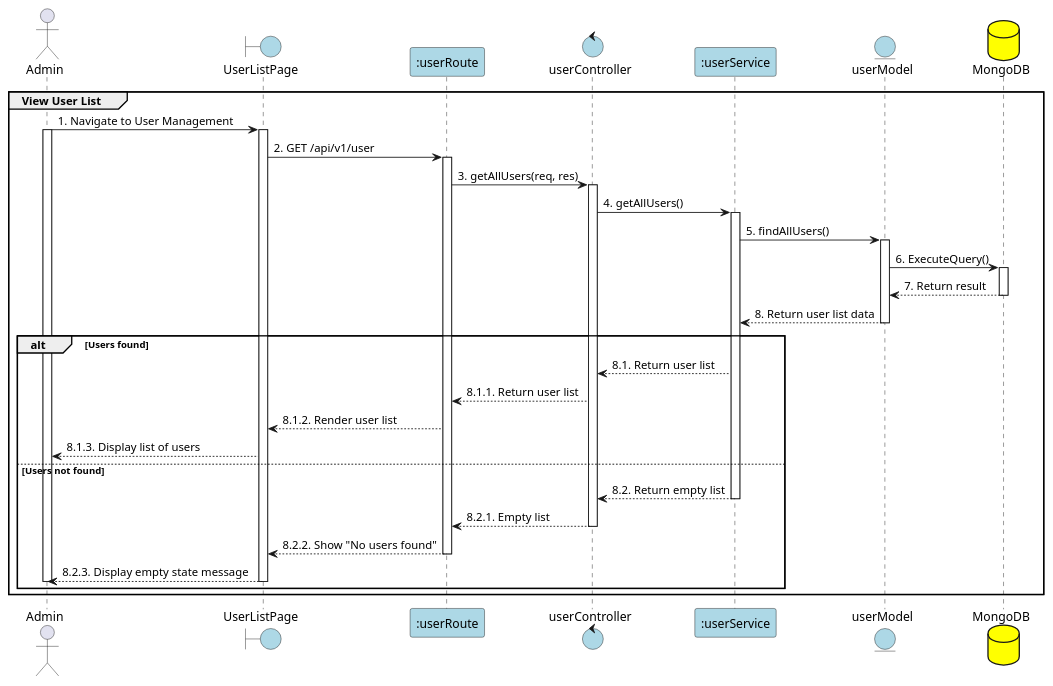
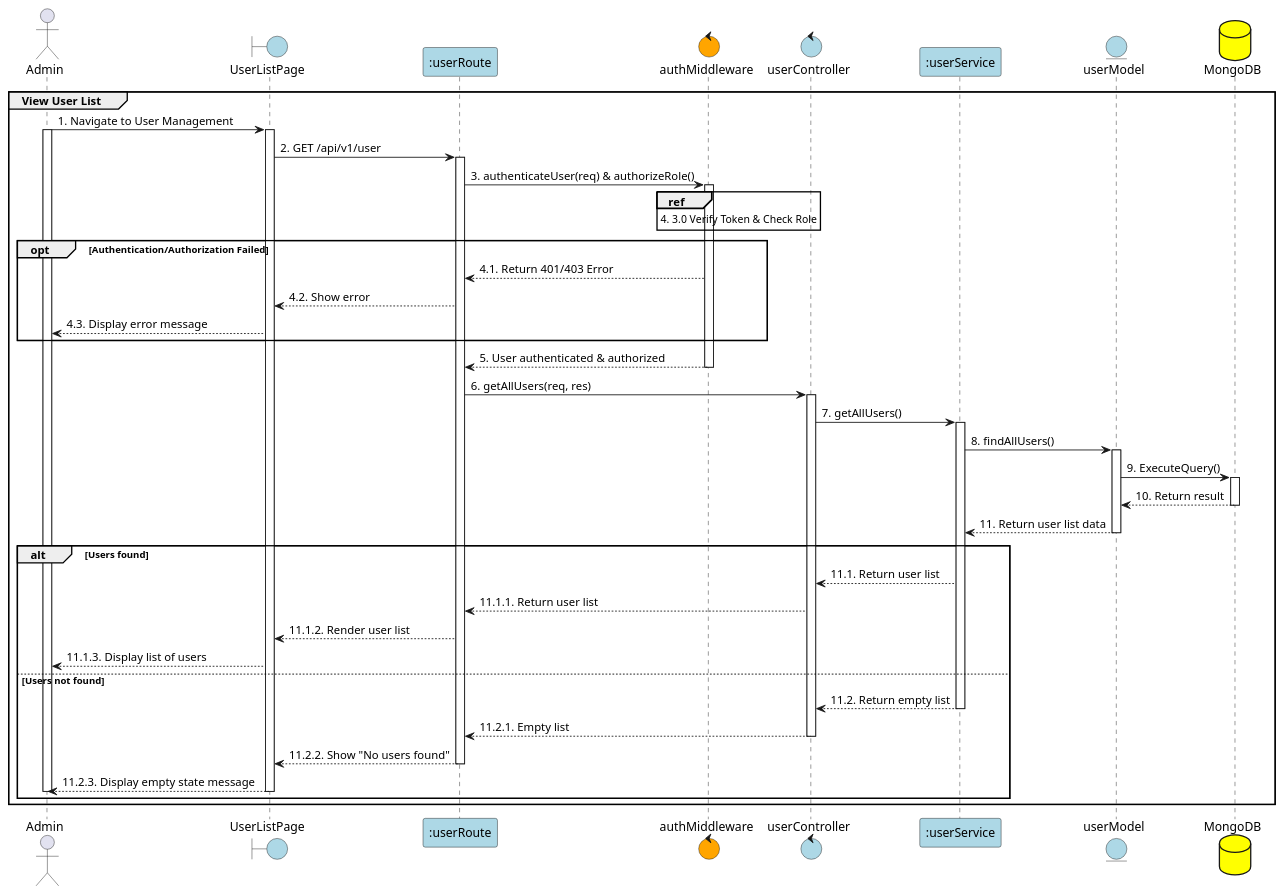
The diagram in PlanUML/9_viewUserList.puml (Aohkne/CaloCook), drawn with PlantUML before and after one commit. The commit also changed 21 other files, not shown here.

```diff
--- a/PlanUML/9_viewUserList.puml
+++ b/PlanUML/9_viewUserList.puml
@@ -1,62 +1,73 @@
 @startuml ViewUserList
 
 actor Admin
 boundary "UserListPage" as View #lightblue
 participant ":userRoute" as Route #lightblue
+control "authMiddleware" as Auth #orange
 control "userController" as Controller #lightblue
 participant ":userService" as Service #lightblue
 entity "userModel" as Model #lightblue
 database "MongoDB" as MongoDB #yellow
 
 group View User List
 Admin -> View: 1. Navigate to User Management
 activate Admin
 activate View
 
 View -> Route: 2. GET /api/v1/user
 activate Route
+Route -> Auth: 3. authenticateUser(req) & authorizeRole()
+activate Auth
+ref over Auth : 4. 3.0 Verify Token & Check Role
 
-Route -> Controller: 3. getAllUsers(req, res)
+opt Authentication/Authorization Failed
+    Auth --> Route: 4.1. Return 401/403 Error
+    Route --> View: 4.2. Show error
+    View --> Admin: 4.3. Display error message
+end
+Auth --> Route: 5. User authenticated & authorized
+deactivate Auth
+Route -> Controller: 6. getAllUsers(req, res)
 activate Controller
 
-Controller -> Service: 4. getAllUsers()
+Controller -> Service: 7. getAllUsers()
 activate Service
 
-Service -> Model: 5. findAllUsers()
+Service -> Model: 8. findAllUsers()
 activate Model
 
-Model -> MongoDB: 6. ExecuteQuery()
+Model -> MongoDB: 9. ExecuteQuery()
 activate MongoDB
-MongoDB --> Model: 7. Return result
+MongoDB --> Model: 10. Return result
 deactivate MongoDB
 
-Model --> Service: 8. Return user list data
+Model --> Service: 11. Return user list data
 deactivate Model
 
 alt Users found
-    Service --> Controller: 8.1. Return user list
+    Service --> Controller: 11.1. Return user list
     
-    Controller --> Route: 8.1.1. Return user list
+    Controller --> Route: 11.1.1. Return user list
     
-    Route --> View: 8.1.2. Render user list
+    Route --> View: 11.1.2. Render user list
     
-    View --> Admin: 8.1.3. Display list of users
+    View --> Admin: 11.1.3. Display list of users
     
 else Users not found
-    Service --> Controller: 8.2. Return empty list
+    Service --> Controller: 11.2. Return empty list
     deactivate Service
 
-    Controller --> Route: 8.2.1. Empty list
+    Controller --> Route: 11.2.1. Empty list
     deactivate Controller
     
-    Route --> View: 8.2.2. Show "No users found"
+    Route --> View: 11.2.2. Show "No users found"
     deactivate Route
     
-    View --> Admin: 8.2.3. Display empty state message
+    View --> Admin: 11.2.3. Display empty state message
     deactivate View
     deactivate Admin
 
 end
 
 end
 @enduml
```
